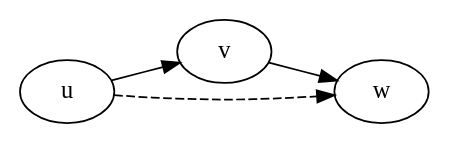
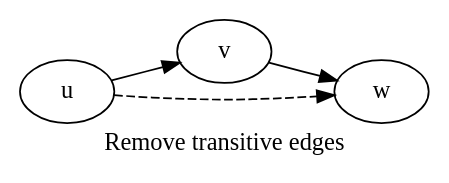
Before and after one commit to sjackman/abyss-scaffold-paper: the diagram in transitive.dot, drawn with Graphviz. The commit also changed 7 other files, not shown here.

Commit message:
Create a montage of the graph patterns

```diff
--- a/transitive.dot
+++ b/transitive.dot
@@ -1,6 +1,7 @@
 digraph "transitive" {
+label = "Remove transitive edges"
 graph [rankdir="LR"]
 u -> v
 v -> w
 u -> w [style="dashed"]
 }
```
